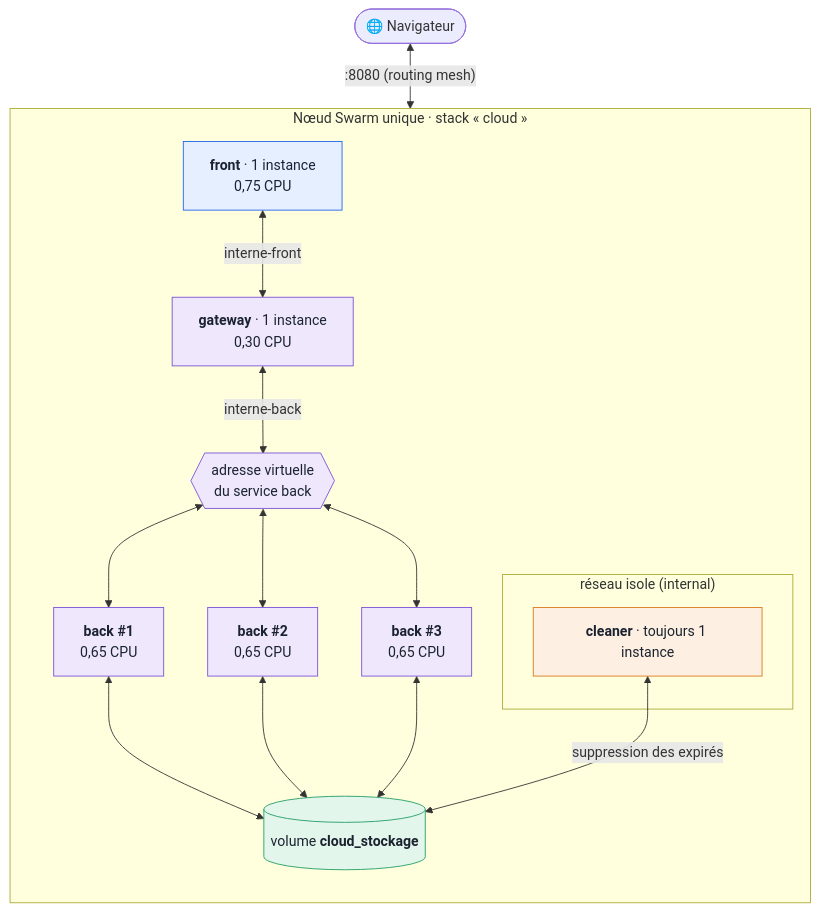
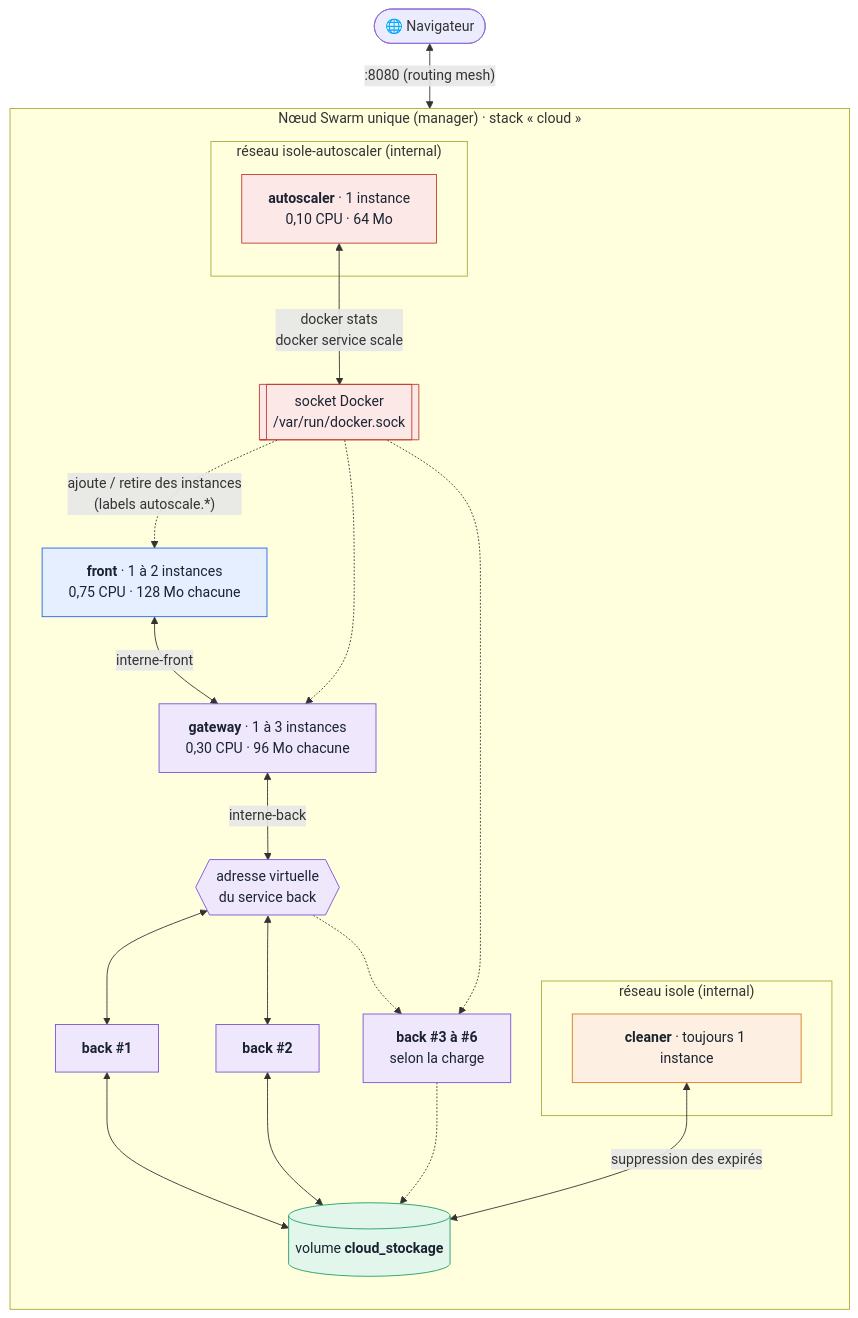
The fifth of 5 diagrams in README.md (AbadieThomasPro/M2_TP_Docker), drawn with Mermaid before and after one commit. The commit also changed other lines of this file and 2 other files, not shown here.

First line of the commit message:
docs(autoscaling): partie Image Autoscaler, autoscaling mesuré dans Scalabilité

````diff
--- a/README.md
+++ b/README.md
@@ -1253,36 +1484,46 @@
 ```mermaid
 flowchart TB
   nav(["🌐 Navigateur"])
-  subgraph swarm["Nœud Swarm unique · stack « cloud »"]
+  subgraph swarm["Nœud Swarm unique (manager) · stack « cloud »"]
     direction TB
-    front["<b>front</b> · 1 instance<br/>0,75 CPU"]
-    gateway["<b>gateway</b> · 1 instance<br/>0,30 CPU"]
+    front["<b>front</b> · 1 à 2 instances<br/>0,75 CPU · 128 Mo chacune"]
+    gateway["<b>gateway</b> · 1 à 3 instances<br/>0,30 CPU · 96 Mo chacune"]
     vip{{"adresse virtuelle<br/>du service back"}}
-    b1["<b>back #1</b><br/>0,65 CPU"]
-    b2["<b>back #2</b><br/>0,65 CPU"]
-    b3["<b>back #3</b><br/>0,65 CPU"]
+    b1["<b>back #1</b>"]
+    b2["<b>back #2</b>"]
+    bn["<b>back #3 à #6</b><br/>selon la charge"]
     vol[("volume <b>cloud_stockage</b>")]
     subgraph isole["réseau isole (internal)"]
       cleaner["<b>cleaner</b> · toujours 1 instance"]
     end
+    subgraph isoleas["réseau isole-autoscaler (internal)"]
+      autoscaler["<b>autoscaler</b> · 1 instance<br/>0,10 CPU · 64 Mo"]
+    end
+    sock[["socket Docker<br/>/var/run/docker.sock"]]
   end
   nav <-- ":8080 (routing mesh)" --> front
   front <-- "interne-front" --> gateway
   gateway <-- "interne-back" --> vip
   vip <--> b1
   vip <--> b2
-  vip <--> b3
+  vip -.-> bn
   b1 <--> vol
   b2 <--> vol
-  b3 <--> vol
+  bn -.-> vol
   cleaner <-- "suppression des expirés" --> vol
+  autoscaler <-- "docker stats<br/>docker service scale" --> sock
+  sock -. "ajoute / retire des instances<br/>(labels autoscale.*)" .-> front
+  sock -.-> gateway
+  sock -.-> bn
 
   classDef pub fill:#e6efff,stroke:#1d63ed,color:#1b2330
   classDef int fill:#efe8fd,stroke:#7a4fd6,color:#1b2330
   classDef data fill:#e3f6ec,stroke:#1f9d63,color:#1b2330
   classDef iso fill:#fdf0e2,stroke:#d9771a,color:#1b2330
+  classDef ctl fill:#fde8e8,stroke:#c0392b,color:#1b2330
   class front pub
-  class gateway,vip,b1,b2,b3 int
+  class gateway,vip,b1,b2,bn int
   class vol data
   class cleaner iso
+  class autoscaler,sock ctl
 ```
````
